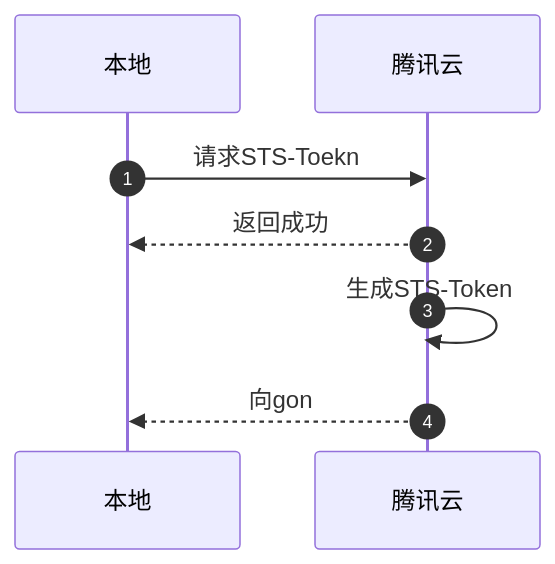
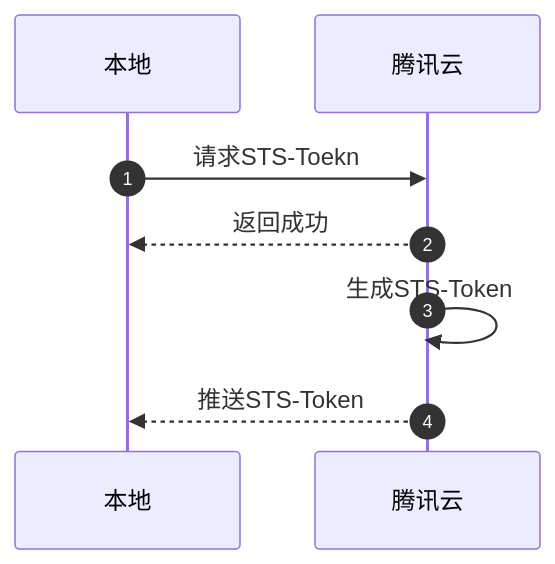
The diagram in all/未命名-5.md (HY-10-8/iodraw-files), drawn with Mermaid before and after one commit.

Commit message:
2026-04-24 10:26:11 update

````diff
--- a/all/未命名-5.md
+++ b/all/未命名-5.md
@@ -1,13 +1,14 @@
 ```mermaid
 sequenceDiagram
     autonumber
 
     participant 本地 
     participant 腾讯云
     
     本地->>腾讯云: 请求STS-Toekn
     腾讯云-->>本地: 返回成功
     腾讯云->>腾讯云: 生成STS-Token
-    腾讯云-->>本地: 向gon
+    腾讯云-->>本地: 推送STS-Token
+    
 
 ```
````
